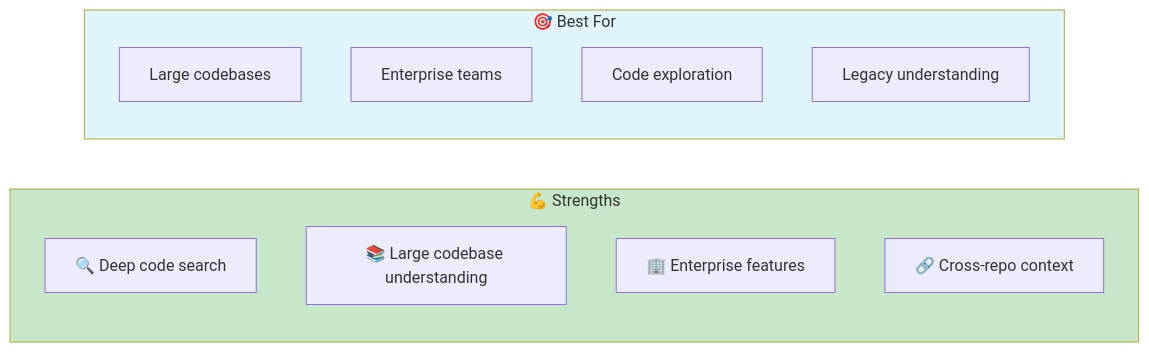
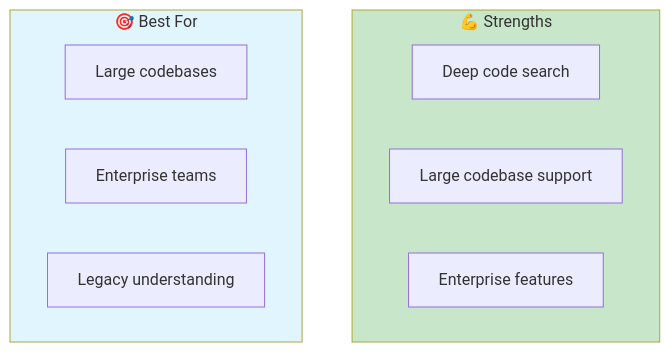
The first of 6 diagrams in website/content/papers/ai-dlc-2026/runbooks/tooling/cody.md (TheBushidoCollective/han), drawn with Mermaid before and after one commit. The commit also changed other lines of this file and 21 other files, not shown here.

First line of the commit message:
fix(website): convert all AI-DLC runbook Mermaid diagrams to TB layout

````diff
--- a/website/content/papers/ai-dlc-2026/runbooks/tooling/cody.md
+++ b/website/content/papers/ai-dlc-2026/runbooks/tooling/cody.md
@@ -9,21 +9,17 @@
 ```mermaid
-flowchart LR
+flowchart TB
     subgraph Strengths["💪 Strengths"]
-        direction TB
-        S1[🔍 Deep code search]
-        S2[📚 Large codebase understanding]
-        S3[🏢 Enterprise features]
-        S4[🔗 Cross-repo context]
+        S1[Deep code search]
+        S2[Large codebase support]
+        S3[Enterprise features]
     end
 
     subgraph BestFor["🎯 Best For"]
-        direction TB
         B1[Large codebases]
         B2[Enterprise teams]
-        B3[Code exploration]
-        B4[Legacy understanding]
+        B3[Legacy understanding]
     end
 
     style Strengths fill:#c8e6c9
     style BestFor fill:#e1f5fe
 ```
````
